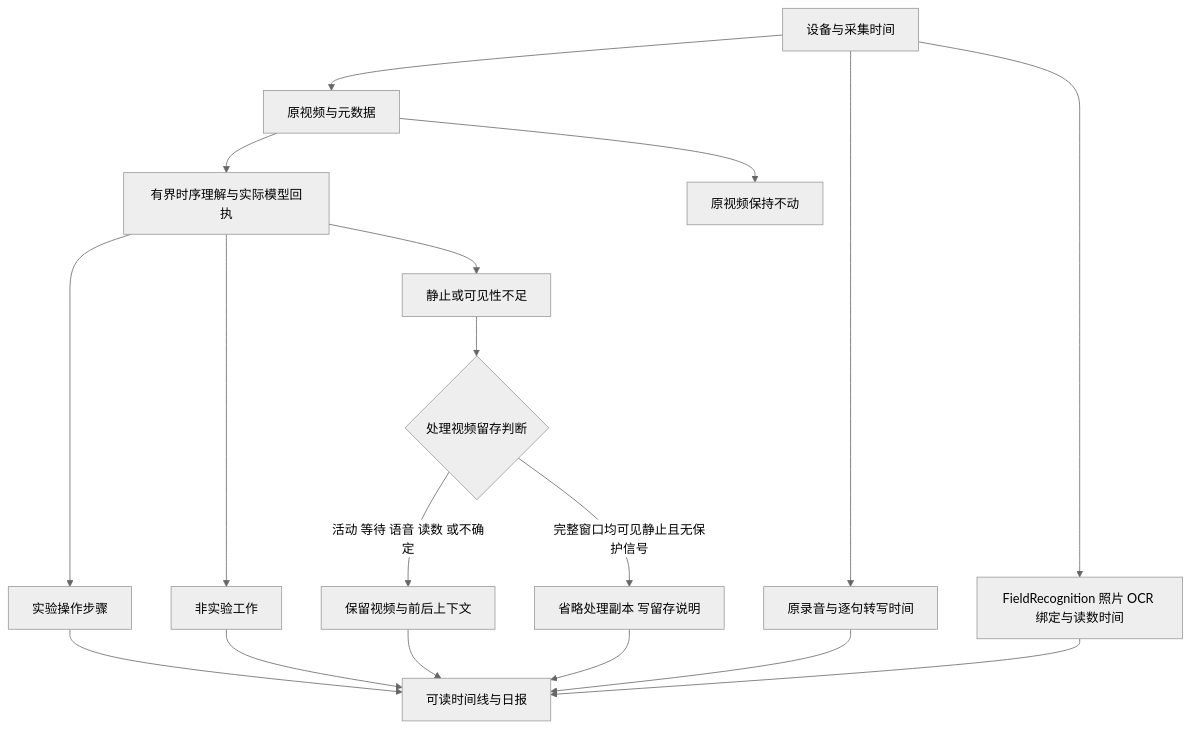
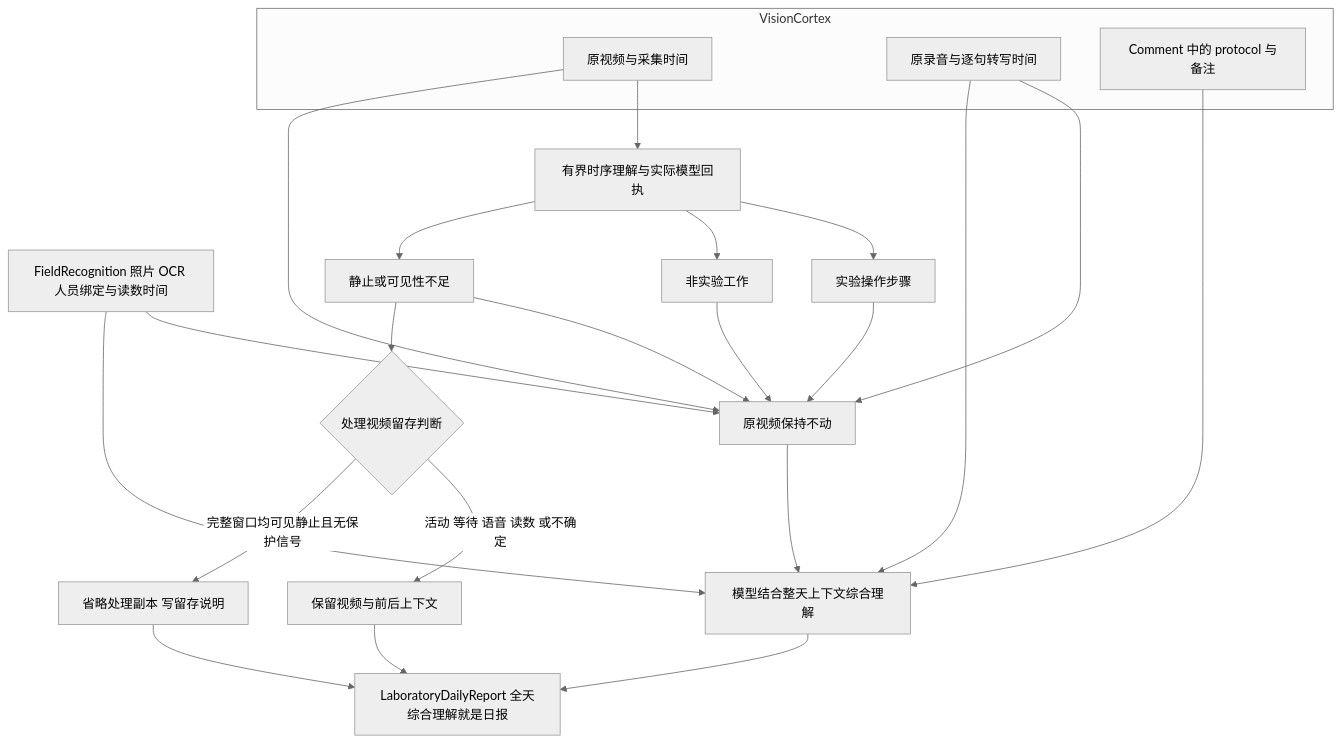
One commit to kealan-Jun/VisionCortex changed the diagram in docs/operations/all-day-recording.zh-CN.md. Above: the diagram before and after it, drawn with Mermaid (neutral theme).

Commit message:
Align archive flow with VisionCortex audio and contextual daily reports

````diff
--- a/docs/operations/all-day-recording.zh-CN.md
+++ b/docs/operations/all-day-recording.zh-CN.md
@@ -115,20 +115,29 @@
 ```mermaid
 flowchart TD
-    A[设备与采集时间] --> B[原视频与元数据]
-    A --> C[原录音与逐句转写时间]
-    A --> D[FieldRecognition 照片 OCR 绑定与读数时间]
+    subgraph VisionCortex
+        B[原视频与采集时间]
+        C[原录音与逐句转写时间]
+        P[Comment 中的 protocol 与备注]
+    end
+    D[FieldRecognition 照片 OCR 人员绑定与读数时间]
     B --> E[有界时序理解与实际模型回执]
     E --> F[实验操作步骤]
     E --> G[非实验工作]
     E --> H[静止或可见性不足]
-    C --> I[可读时间线与日报]
-    D --> I
-    F --> I
-    G --> I
+    F --> M[MultimodalUnderstanding 每个时间片段的理解]
+    G --> M
+    H --> M
+    C --> M
+    D --> M
+    M --> S[模型结合整天上下文综合理解]
+    C --> S
+    D --> S
+    P --> S
+    S --> I[LaboratoryDailyReport 全天综合理解就是日报]
     H --> J{处理视频留存判断}
     J -->|活动 等待 语音 读数 或不确定| K[保留视频与前后上下文]
     J -->|完整窗口均可见静止且无保护信号| L[省略处理副本 写留存说明]
     K --> I
     L --> I
     B --> M[原视频保持不动]
 ```
````
